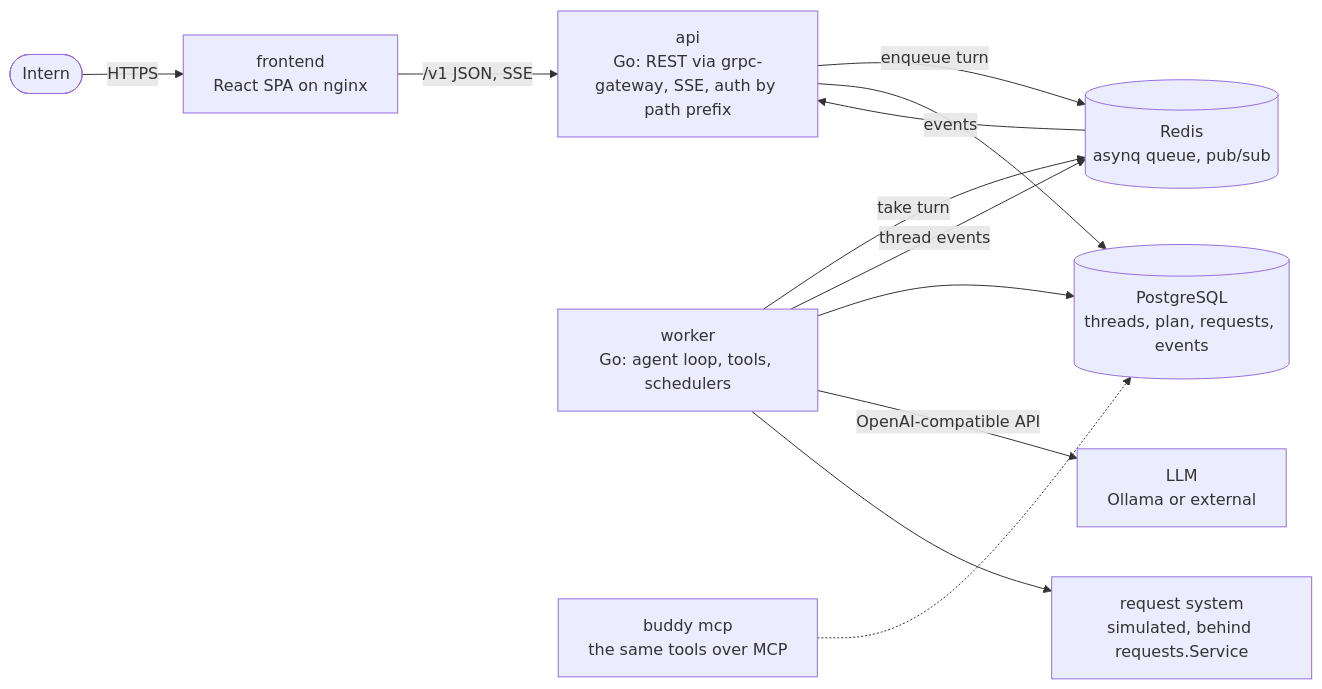
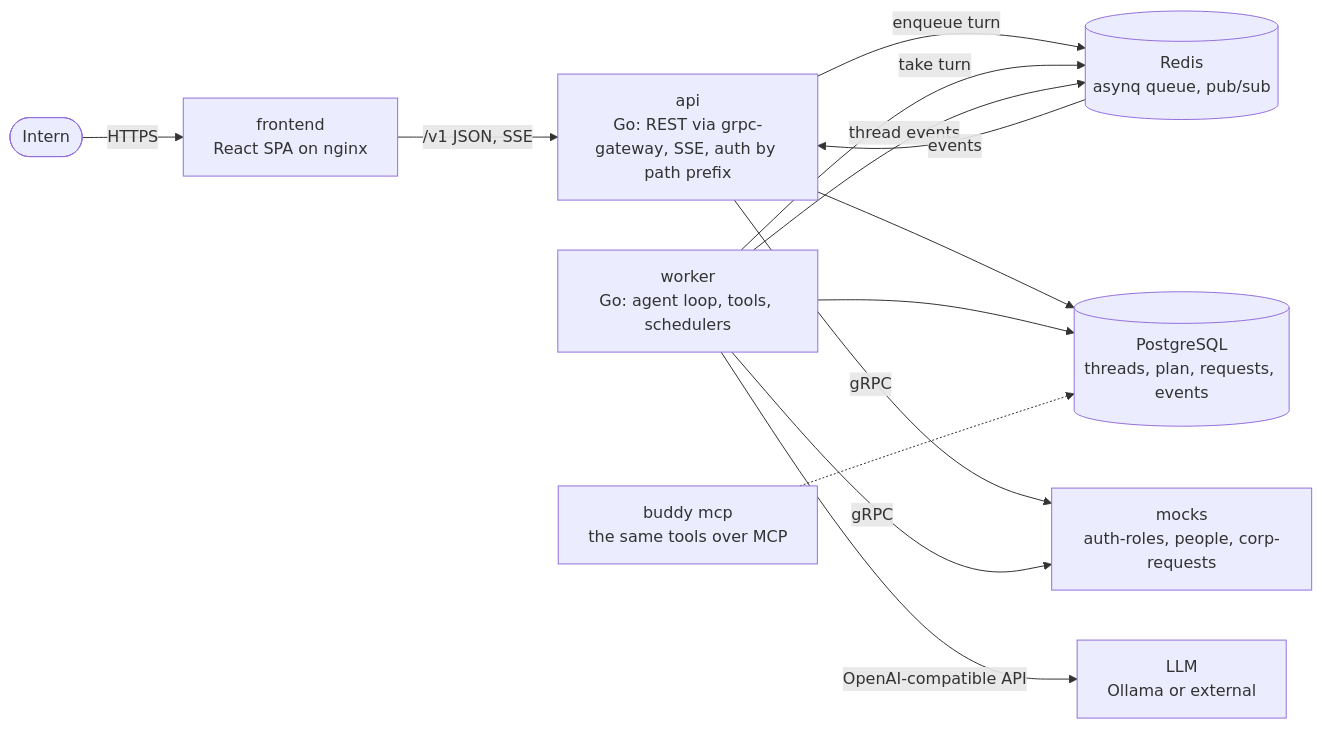
Before and after one commit to Long-Honey-Road/mon-europeenne: the first of 2 diagrams in README.md, drawn with Mermaid. The commit also changed other lines of this file, not shown here.

Commit message:
Describe the mocks in README, update docs pointer: A-02

````diff
--- a/README.md
+++ b/README.md
@@ -75,14 +78,15 @@
 ```mermaid
 flowchart LR
   intern([Intern]) -->|HTTPS| web["frontend<br/>React SPA on nginx"]
   web -->|"/v1 JSON, SSE"| api["api<br/>Go: REST via grpc-gateway, SSE, auth by path prefix"]
   api -->|enqueue turn| redis[("Redis<br/>asynq queue, pub/sub")]
   worker["worker<br/>Go: agent loop, tools, schedulers"] -->|take turn| redis
   worker -->|thread events| redis
   redis -->|events| api
   api --> pg[("PostgreSQL<br/>threads, plan, requests, events")]
   worker --> pg
   worker -->|OpenAI-compatible API| llm["LLM<br/>Ollama or external"]
-  worker --> corp["request system<br/>simulated, behind requests.Service"]
+  api -->|gRPC| mocks["mocks<br/>auth-roles, people, corp-requests"]
+  worker -->|gRPC| mocks
   mcp["buddy mcp<br/>the same tools over MCP"] -.-> pg
 ```
````
